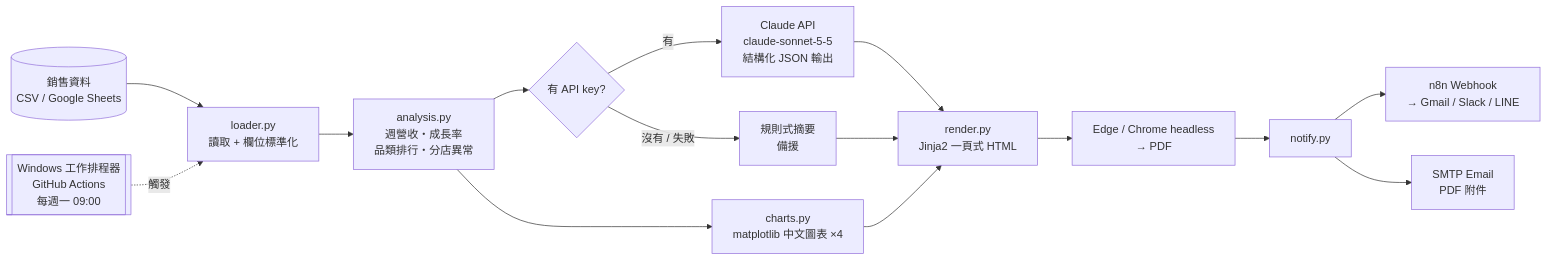
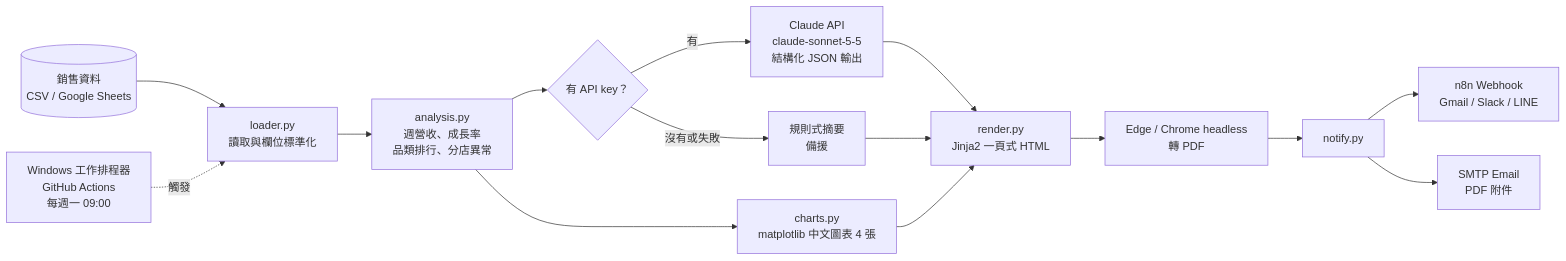
Before and after one commit to b3879121-rgb/auto-weekly-report: the diagram in README.md, drawn with Mermaid. The commit also changed other lines of this file, not shown here.

Commit message:
README：修正架構圖語法、補上 clone 網址

````diff
--- a/README.md
+++ b/README.md
@@ -52,17 +52,17 @@
 ```mermaid
 flowchart LR
-    A[(銷售資料<br/>CSV / Google Sheets)] --> B[loader.py<br/>讀取 + 欄位標準化]
-    B --> C[analysis.py<br/>週營收・成長率<br/>品類排行・分店異常]
-    C --> D[charts.py<br/>matplotlib 中文圖表 ×4]
-    C --> E{有 API key?}
-    E -- 有 --> F[Claude API<br/>claude-sonnet-5-5<br/>結構化 JSON 輸出]
-    E -- 沒有 / 失敗 --> G[規則式摘要<br/>備援]
-    F --> H[render.py<br/>Jinja2 一頁式 HTML]
+    A[("銷售資料<br/>CSV / Google Sheets")] --> B["loader.py<br/>讀取與欄位標準化"]
+    B --> C["analysis.py<br/>週營收、成長率<br/>品類排行、分店異常"]
+    C --> D["charts.py<br/>matplotlib 中文圖表 4 張"]
+    C --> E{"有 API key？"}
+    E -->|"有"| F["Claude API<br/>claude-sonnet-5-5<br/>結構化 JSON 輸出"]
+    E -->|"沒有或失敗"| G["規則式摘要<br/>備援"]
+    F --> H["render.py<br/>Jinja2 一頁式 HTML"]
     G --> H
     D --> H
-    H --> I[Edge / Chrome headless<br/>→ PDF]
-    I --> J[notify.py]
-    J --> K[n8n Webhook<br/>→ Gmail / Slack / LINE]
-    J --> L[SMTP Email<br/>PDF 附件]
-    S[[Windows 工作排程器<br/>GitHub Actions<br/>每週一 09:00]] -.觸發.-> B
+    H --> I["Edge / Chrome headless<br/>轉 PDF"]
+    I --> J["notify.py"]
+    J --> K["n8n Webhook<br/>Gmail / Slack / LINE"]
+    J --> L["SMTP Email<br/>PDF 附件"]
+    S["Windows 工作排程器<br/>GitHub Actions<br/>每週一 09:00"] -.->|"觸發"| B
 ```
````
